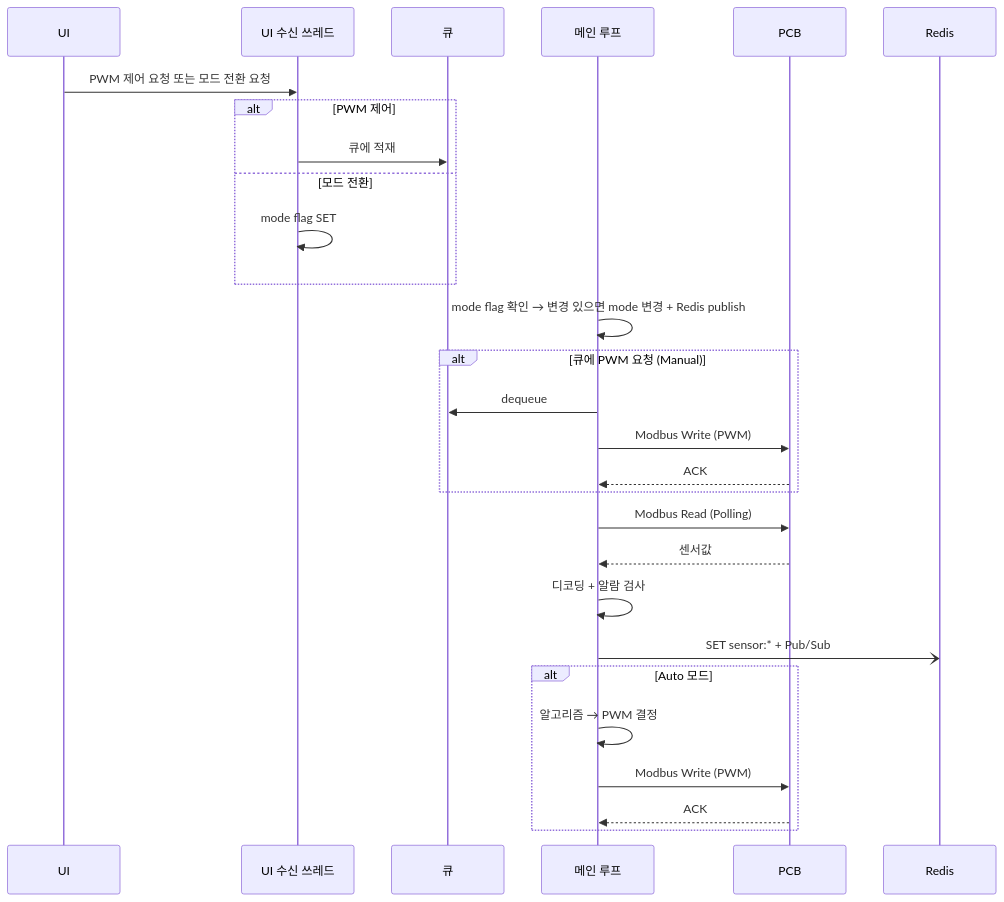
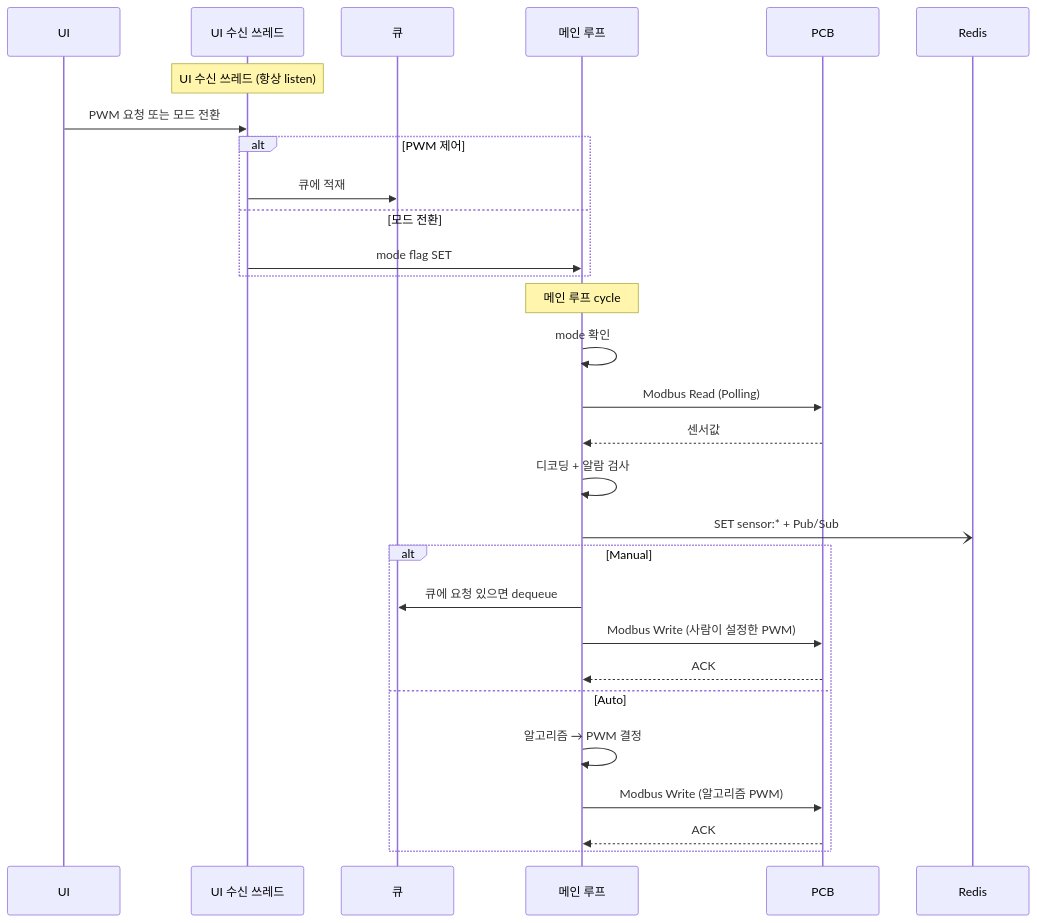
One commit to DEEPGadget/L2A_CDU_system changed the first of 2 diagrams in docs/MCG.md. Above: the diagram before and after it, drawn with Mermaid. The commit also changed other lines of this file, not shown here.

Commit message:
mcg 설계 추가

````diff
--- a/docs/MCG.md
+++ b/docs/MCG.md
@@ -120,35 +118,35 @@
 ```mermaid
 sequenceDiagram
     participant UI as UI
     participant Listen as UI 수신 쓰레드
     participant Queue as 큐
     participant Main as 메인 루프
     participant PCB as PCB
     participant Redis as Redis
 
-    UI->>Listen: PWM 제어 요청 또는 모드 전환 요청
+    Note over Listen: UI 수신 쓰레드 (항상 listen)
+    UI->>Listen: PWM 요청 또는 모드 전환
     alt PWM 제어
         Listen->>Queue: 큐에 적재
     else 모드 전환
-        Listen->>Listen: mode flag SET
+        Listen->>Main: mode flag SET
     end
 
-    Main->>Main: mode flag 확인 → 변경 있으면 mode 변경 + Redis publish
-
-    alt 큐에 PWM 요청 (Manual)
-        Main->>Queue: dequeue
-        Main->>PCB: Modbus Write (PWM)
-        PCB-->>Main: ACK
-    end
+    Note over Main: 메인 루프 cycle
+    Main->>Main: mode 확인
 
     Main->>PCB: Modbus Read (Polling)
     PCB-->>Main: 센서값
     Main->>Main: 디코딩 + 알람 검사
     Main-)Redis: SET sensor:* + Pub/Sub
 
-    alt Auto 모드
+    alt Manual
+        Main->>Queue: 큐에 요청 있으면 dequeue
+        Main->>PCB: Modbus Write (사람이 설정한 PWM)
+        PCB-->>Main: ACK
+    else Auto
         Main->>Main: 알고리즘 → PWM 결정
-        Main->>PCB: Modbus Write (PWM)
+        Main->>PCB: Modbus Write (알고리즘 PWM)
         PCB-->>Main: ACK
     end
 ```
````
